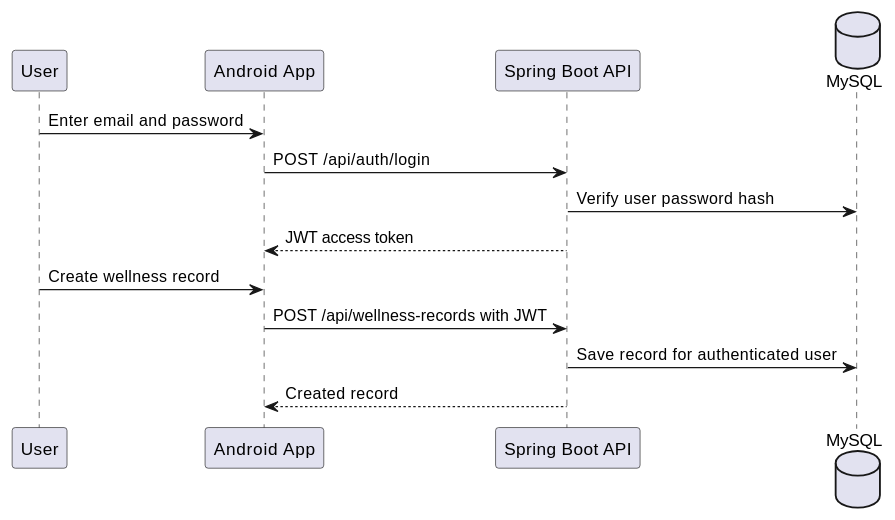
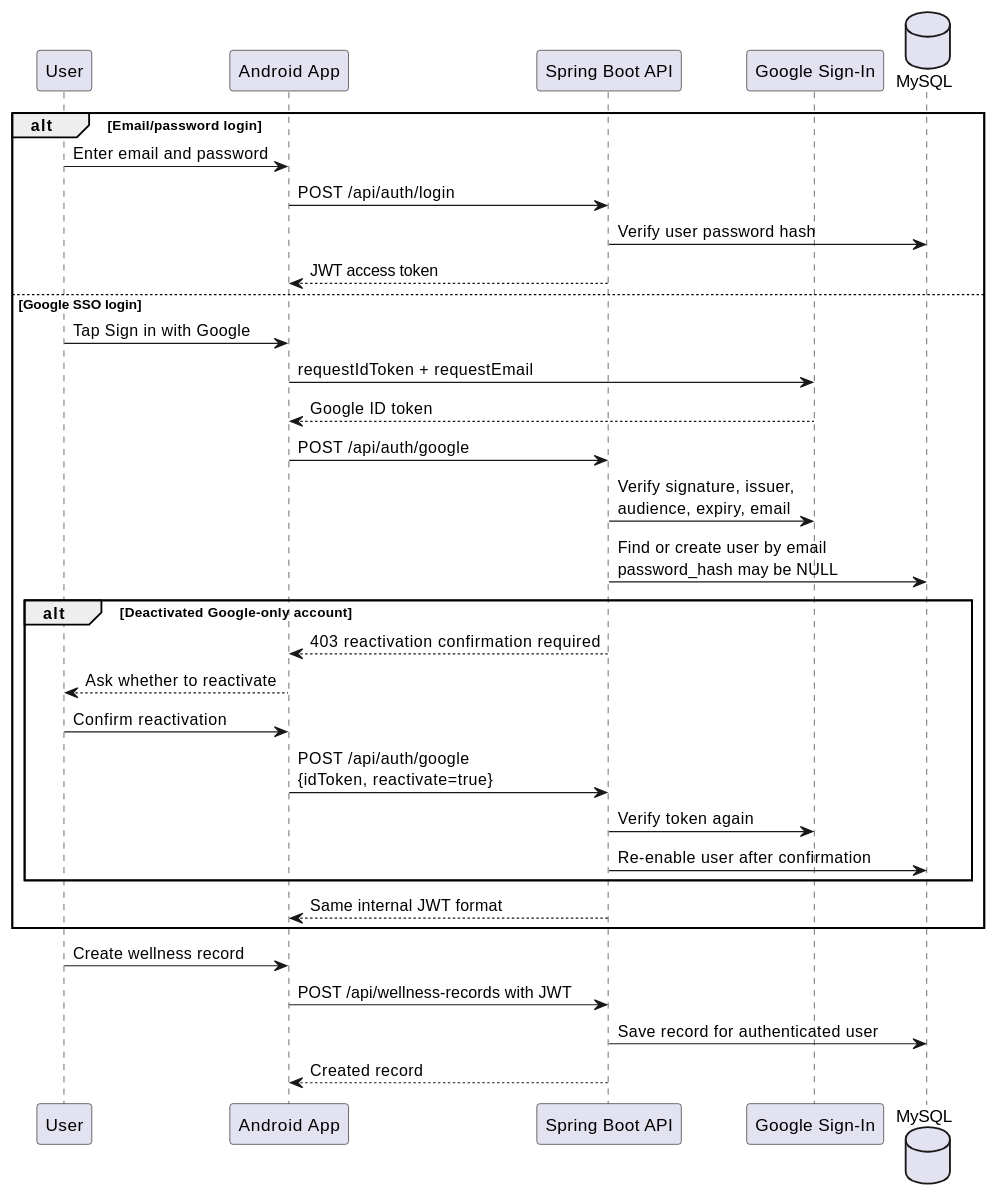
Before and after one commit to SA62-team4/mobile-application-dev-ca: the sixth of 9 diagrams in docs/specs/04-plan-system-architecture.md, drawn with PlantUML. The commit also changed other lines of this file and 33 other files, not shown here.

First line of the commit message:
Implement Google privacy account controls

````diff
--- a/docs/specs/04-plan-system-architecture.md
+++ b/docs/specs/04-plan-system-architecture.md
@@ -250,17 +253,36 @@
 ```plantuml
 @startuml
 participant User as U
 participant "Android App" as A
 participant "Spring Boot API" as B
+participant "Google Sign-In" as G
 database "MySQL" as D
 
+alt Email/password login
 U -> A: Enter email and password
 A -> B: POST /api/auth/login
 B -> D: Verify user password hash
 B --> A: JWT access token
+else Google SSO login
+U -> A: Tap Sign in with Google
+A -> G: requestIdToken + requestEmail
+G --> A: Google ID token
+A -> B: POST /api/auth/google
+B -> G: Verify signature, issuer,\naudience, expiry, email
+B -> D: Find or create user by email\npassword_hash may be NULL
+alt Deactivated Google-only account
+  B --> A: 403 reactivation confirmation required
+  A --> U: Ask whether to reactivate
+  U -> A: Confirm reactivation
+  A -> B: POST /api/auth/google\n{idToken, reactivate=true}
+  B -> G: Verify token again
+  B -> D: Re-enable user after confirmation
+end
+B --> A: Same internal JWT format
+end
 U -> A: Create wellness record
 A -> B: POST /api/wellness-records with JWT
 B -> D: Save record for authenticated user
 B --> A: Created record
 @enduml
 ```
````
